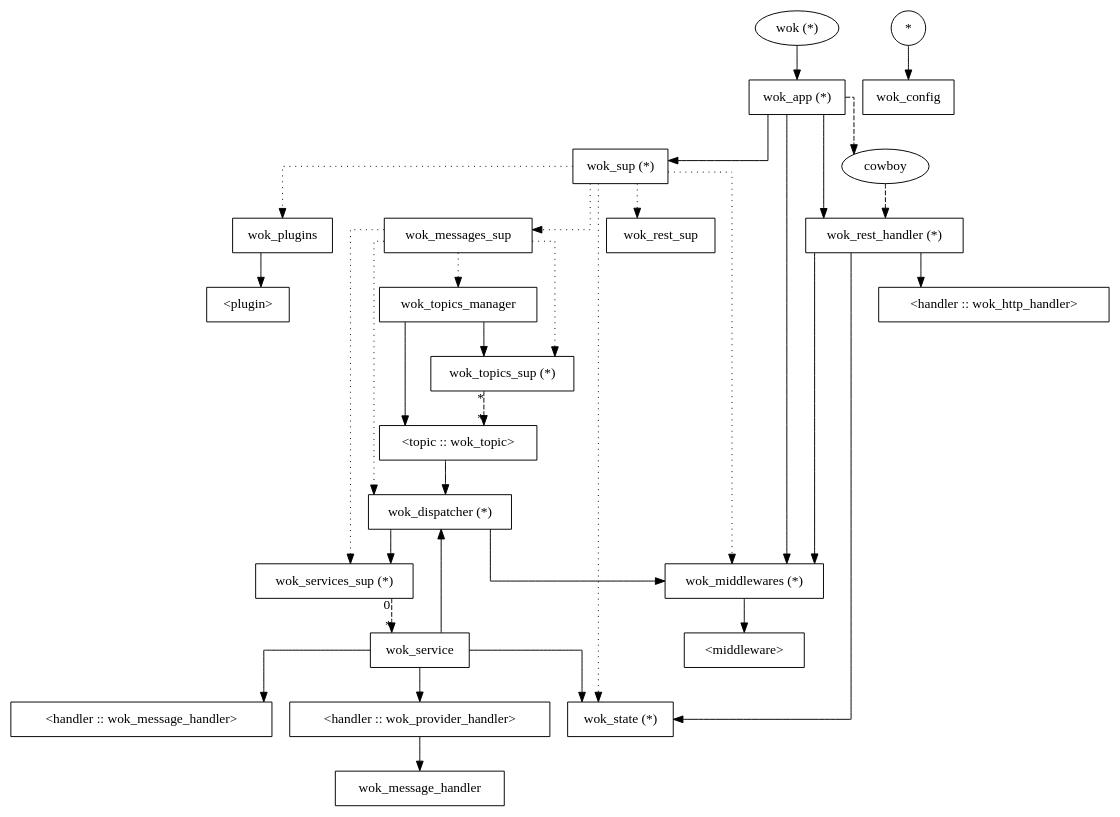
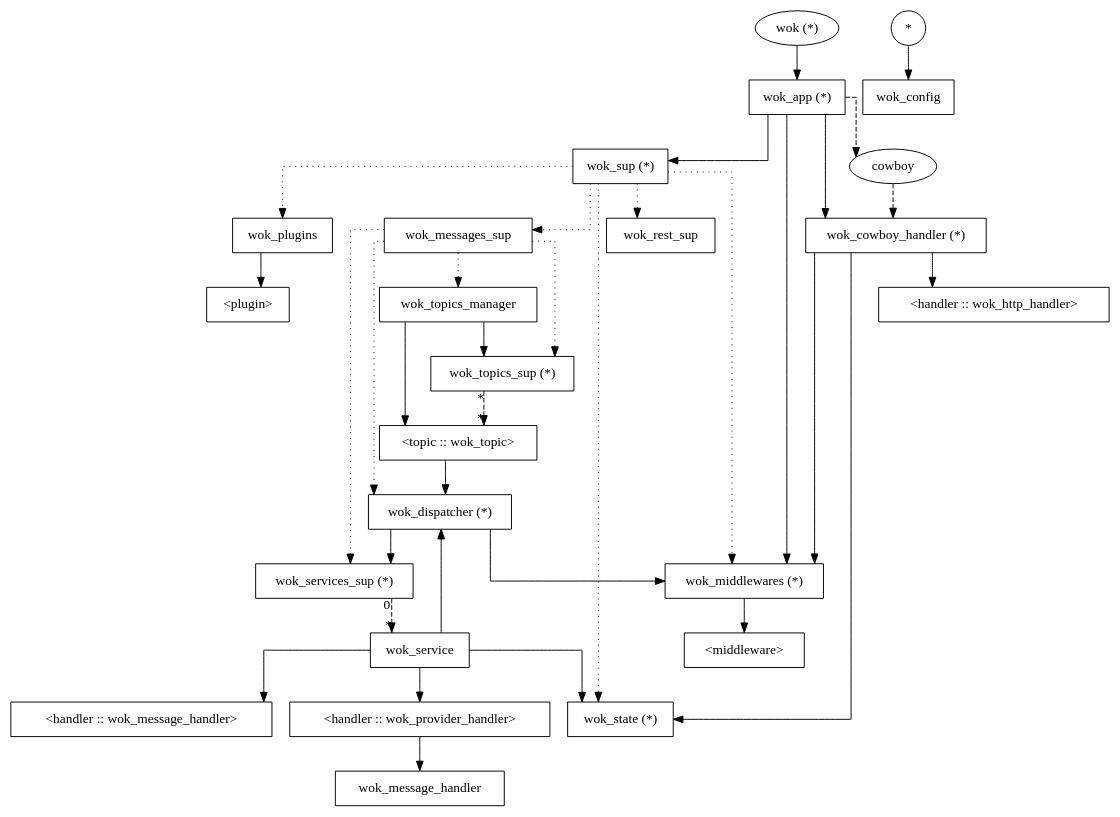
Before and after one commit to botsunit/wok: the diagram in images/wok.call.gv, drawn with Graphviz. The commit also changed 17 other files, not shown here.

```diff
--- a/images/wok.call.gv
+++ b/images/wok.call.gv
@@ -1,71 +1,71 @@
 digraph wok {
   node[shape=box];
   graph[
     overlap=false,
     splines=ortho
   ]
 
   wok[shape=oval, label="wok (*)"];
   wok_app[label="wok_app (*)"];
   wok_sup[label="wok_sup (*)"];
-  wok_rest_handler[label="wok_rest_handler (*)"];
+  wok_cowboy_handler[label="wok_cowboy_handler (*)"];
   wok_middlewares[label="wok_middlewares (*)"];
   wok_dispatcher[label="wok_dispatcher (*)"];
   wok_services_sup[label="wok_services_sup (*)"];
   wok_topics_sup[label="wok_topics_sup (*)"];
   wok_topic[label="wok_topic (*)"];
   wok_state[label="wok_state (*)"];
   cowboy[shape=oval];
   __wok_config__[shape=circle, label="*"];
   wok_topic[label = "<topic :: wok_topic>"];
 
   wok -> wok_app;
 
   wok_app -> wok_sup;
   wok_app -> cowboy [style=dashed];
-  wok_app -> wok_rest_handler;
+  wok_app -> wok_cowboy_handler;
   wok_app -> wok_middlewares;
 
   wok_sup -> wok_messages_sup [style=dotted];
   wok_sup -> wok_rest_sup [style=dotted];
   wok_sup -> wok_plugins [style=dotted];
   wok_sup -> wok_middlewares [style=dotted];
   wok_sup -> wok_state [style=dotted];
 
   wok_plugins -> "<plugin>";
 
-  cowboy -> wok_rest_handler [style=dashed];
+  cowboy -> wok_cowboy_handler [style=dashed];
 
-  wok_rest_handler -> "<handler :: wok_http_handler>";
-  wok_rest_handler -> wok_middlewares;
-  wok_rest_handler -> wok_state;
+  wok_cowboy_handler -> "<handler :: wok_http_handler>";
+  wok_cowboy_handler -> wok_middlewares;
+  wok_cowboy_handler -> wok_state;
 
   wok_middlewares -> "<middleware>";
 
   wok_messages_sup -> wok_dispatcher [style=dotted];
   wok_messages_sup -> wok_services_sup [style=dotted];
   wok_messages_sup -> wok_topics_sup [style=dotted];
   wok_messages_sup -> wok_topics_manager [style=dotted];
 
   wok_topics_manager -> wok_topics_sup;
   wok_topics_manager -> wok_topic;
 
   wok_dispatcher -> wok_services_sup;
   wok_dispatcher -> wok_middlewares;
 
   wok_services_sup -> wok_service [style=dashed, headlabel="*", taillabel="0"];
 
   wok_topics_sup -> wok_topic [style=dashed, headlabel="*", taillabel="*"];
 
   wok_topic -> wok_dispatcher;
 
   wok_service -> wok_dispatcher;
   wok_service -> "<handler :: wok_message_handler>";
   wok_service -> "<handler :: wok_provider_handler>";
   wok_service -> wok_state
 
 
   "<handler :: wok_provider_handler>" -> wok_message_handler;
 
   __wok_config__ -> wok_config;
 }
```
